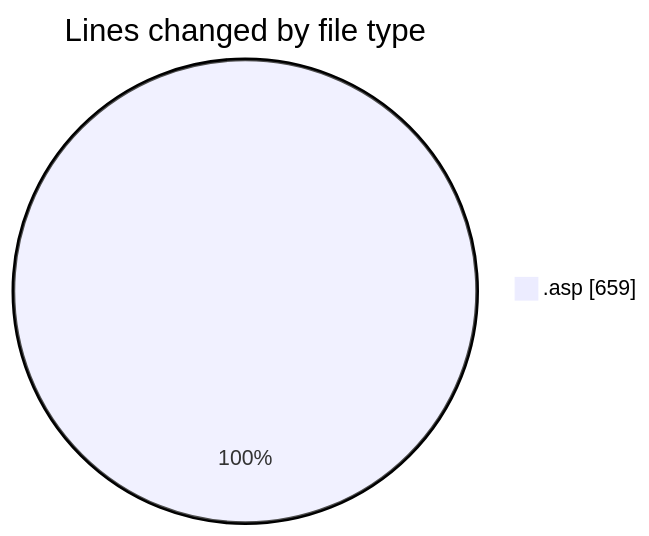
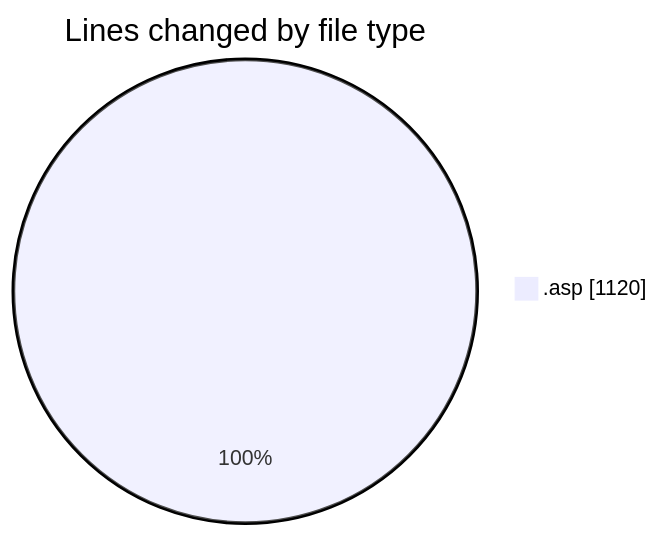
Before and after one commit to julien-gomy/code-tracking: the first of 2 diagrams in 2025-10-15/cdp_aleoudev_fr__workspace_/README.md, drawn with Mermaid. The commit also changed other lines of this file and 1 other file, not shown here.

````diff
--- a/2025-10-15/cdp_aleoudev_fr__workspace_/README.md
+++ b/2025-10-15/cdp_aleoudev_fr__workspace_/README.md
@@ -21,5 +22,5 @@
 ```mermaid
 pie showData
 title Lines changed by file type
-".asp" : 659
+".asp" : 1120
 ```
````
